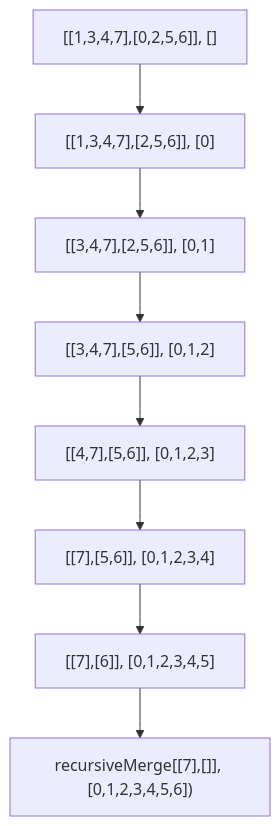
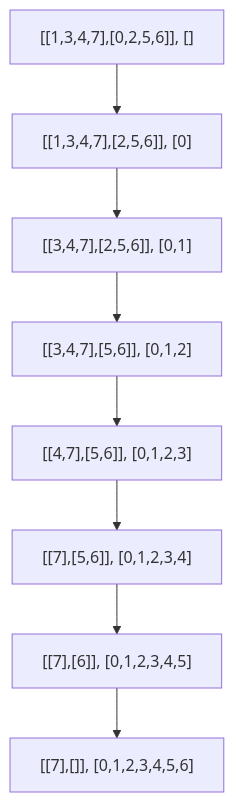
The second of 2 diagrams in _posts/2018-12-29-ayoayo.md (raganwald/raganwald.github.com), drawn with Mermaid before and after one commit.

```diff
--- a/_posts/2018-12-29-ayoayo.md
+++ b/_posts/2018-12-29-ayoayo.md
@@ -1362,10 +1362,10 @@
 <div class="mermaid">
   graph TD
     a["[[1,3,4,7],[0,2,5,6]], []"] --> b
     b["[[1,3,4,7],[2,5,6]], [0]"]  --> c
     c["[[3,4,7],[2,5,6]], [0,1]"]  --> d
     d["[[3,4,7],[5,6]], [0,1,2]"]  --> e
     e["[[4,7],[5,6]], [0,1,2,3]"]  --> f
     f["[[7],[5,6]], [0,1,2,3,4]"]  --> g
-    g["[[7],[6]], [0,1,2,3,4,5]"]  --> h["recursiveMerge[[7],[]], [0,1,2,3,4,5,6])"]
+    g["[[7],[6]], [0,1,2,3,4,5]"]  --> h["[[7],[]], [0,1,2,3,4,5,6]"]
 </div>
```
